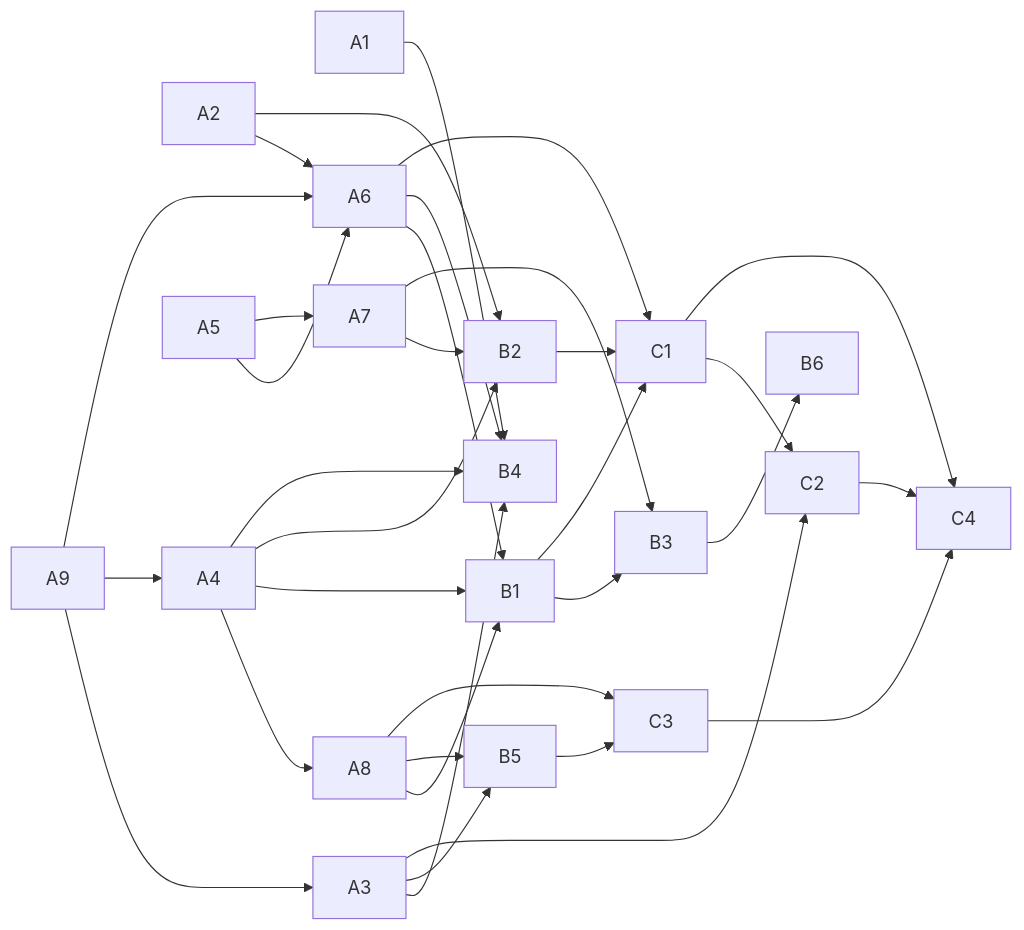
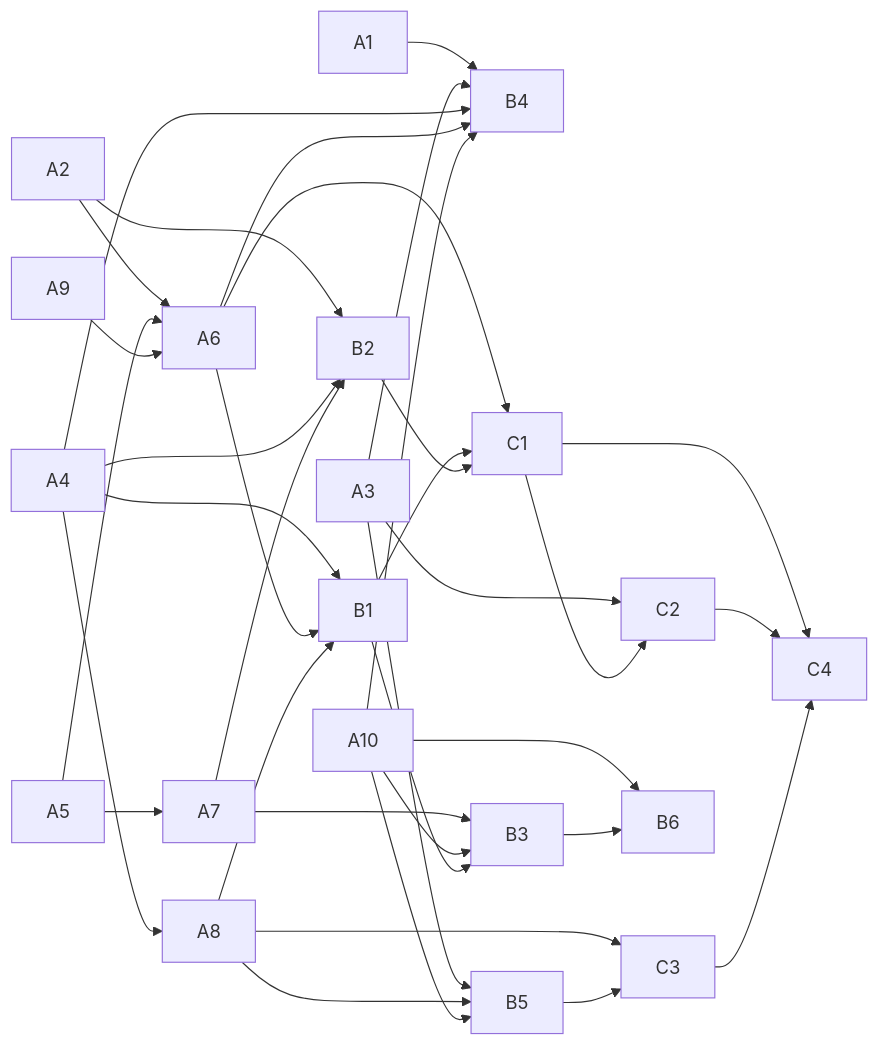
The diagram in docs/instaflow/M1-PLAN.md (akriti2591/staticflux), drawn with Mermaid before and after one commit. The commit also changed other lines of this file and 1 other file, not shown here.

````diff
--- a/docs/instaflow/M1-PLAN.md
+++ b/docs/instaflow/M1-PLAN.md
@@ -86,35 +87,37 @@
 ```mermaid
 flowchart LR
   A1 --> B4
   A2 --> A6
   A2 --> B2
   A3 --> B4
   A3 --> B5
   A3 --> C2
   A4 --> A8
   A4 --> B1
   A4 --> B2
   A4 --> B4
   A5 --> A6
   A5 --> A7
   A6 --> B1
   A6 --> B4
   A6 --> C1
   A7 --> B2
   A7 --> B3
   A8 --> B1
   A8 --> B5
   A8 --> C3
-  A9 --> A3
-  A9 --> A4
   A9 --> A6
+  A10 --> B3
+  A10 --> B4
+  A10 --> B5
+  A10 --> B6
   B1 --> B3
   B1 --> C1
   B2 --> C1
   B3 --> B6
   B5 --> C3
   C1 --> C2
   C1 --> C4
   C2 --> C4
   C3 --> C4
 ```
````
